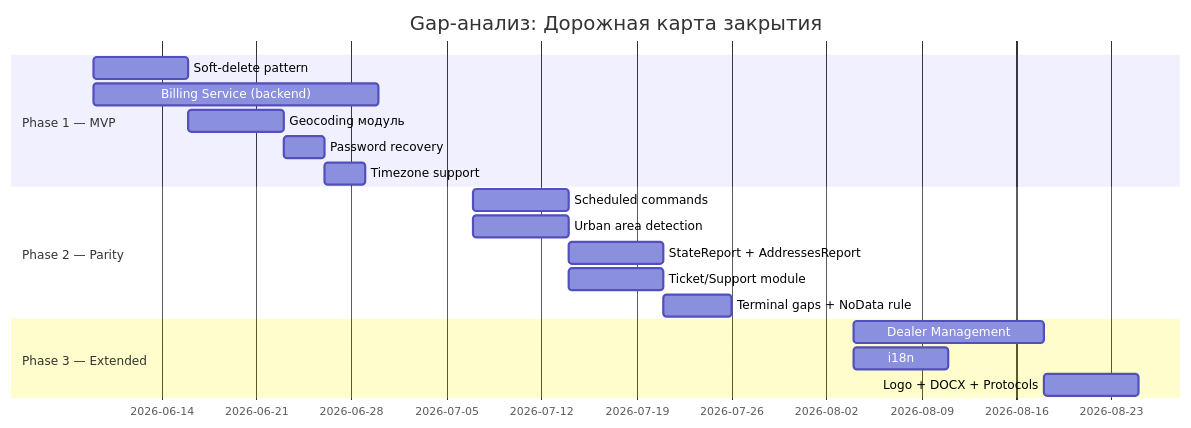
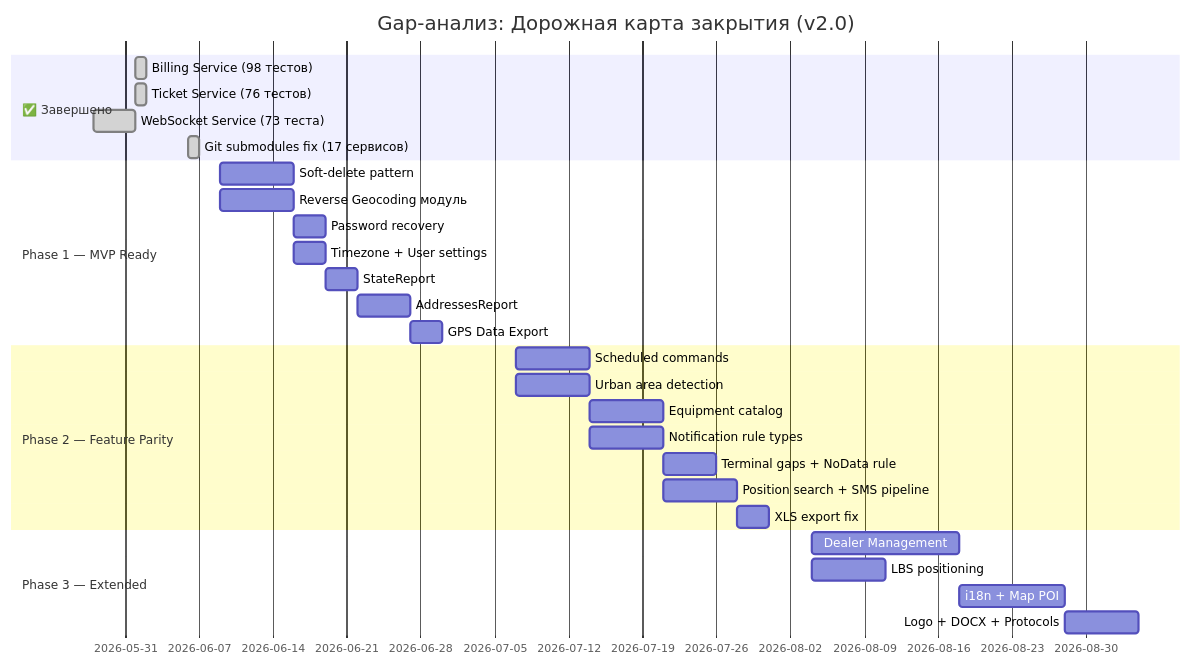
One commit to revarewerd/wayrecall-tracker-system changed the second of 2 diagrams in docs/STELS_GAP_ANALYSIS.md. Above: the diagram before and after it, drawn with Mermaid. The commit also changed other lines of this file and 36 other files, not shown here.

````diff
--- a/docs/STELS_GAP_ANALYSIS.md
+++ b/docs/STELS_GAP_ANALYSIS.md
@@ -520,24 +681,35 @@
 ```mermaid
 gantt
-    title Gap-анализ: Дорожная карта закрытия
+    title Gap-анализ: Дорожная карта закрытия (v2.0)
     dateFormat YYYY-MM-DD
     
-    section Phase 1 — MVP
-    Soft-delete pattern           :p1_1, 2026-06-09, 7d
-    Billing Service (backend)     :p1_2, 2026-06-09, 21d
-    Geocoding модуль              :p1_3, 2026-06-16, 7d
-    Password recovery             :p1_4, 2026-06-23, 3d
-    Timezone support              :p1_5, 2026-06-26, 3d
+    section ✅ Завершено
+    Billing Service (98 тестов)     :done, d1, 2026-06-01, 2026-06-02
+    Ticket Service (76 тестов)      :done, d2, 2026-06-01, 2026-06-02
+    WebSocket Service (73 теста)    :done, d3, 2026-05-28, 2026-06-01
+    Git submodules fix (17 сервисов):done, d4, 2026-06-06, 1d
     
-    section Phase 2 — Parity
-    Scheduled commands            :p2_1, 2026-07-07, 7d
-    Urban area detection          :p2_2, 2026-07-07, 7d
-    StateReport + AddressesReport :p2_3, 2026-07-14, 7d
-    Ticket/Support module         :p2_4, 2026-07-14, 7d
-    Terminal gaps + NoData rule   :p2_5, 2026-07-21, 5d
+    section Phase 1 — MVP Ready
+    Soft-delete pattern             :p1_1, 2026-06-09, 7d
+    Reverse Geocoding модуль        :p1_2, 2026-06-09, 7d
+    Password recovery               :p1_3, 2026-06-16, 3d
+    Timezone + User settings        :p1_4, 2026-06-16, 3d
+    StateReport                     :p1_5, 2026-06-19, 3d
+    AddressesReport                 :p1_6, 2026-06-22, 5d
+    GPS Data Export                 :p1_7, 2026-06-27, 3d
+    
+    section Phase 2 — Feature Parity
+    Scheduled commands              :p2_1, 2026-07-07, 7d
+    Urban area detection            :p2_2, 2026-07-07, 7d
+    Equipment catalog               :p2_3, 2026-07-14, 7d
+    Notification rule types         :p2_4, 2026-07-14, 7d
+    Terminal gaps + NoData rule     :p2_5, 2026-07-21, 5d
+    Position search + SMS pipeline  :p2_6, 2026-07-21, 7d
+    XLS export fix                  :p2_7, 2026-07-28, 3d
     
     section Phase 3 — Extended
-    Dealer Management             :p3_1, 2026-08-04, 14d
-    i18n                          :p3_2, 2026-08-04, 7d
-    Logo + DOCX + Protocols       :p3_3, 2026-08-18, 7d
+    Dealer Management               :p3_1, 2026-08-04, 14d
+    LBS positioning                 :p3_2, 2026-08-04, 7d
+    i18n + Map POI                  :p3_3, 2026-08-18, 10d
+    Logo + DOCX + Protocols         :p3_4, 2026-08-28, 7d
 ```
````
